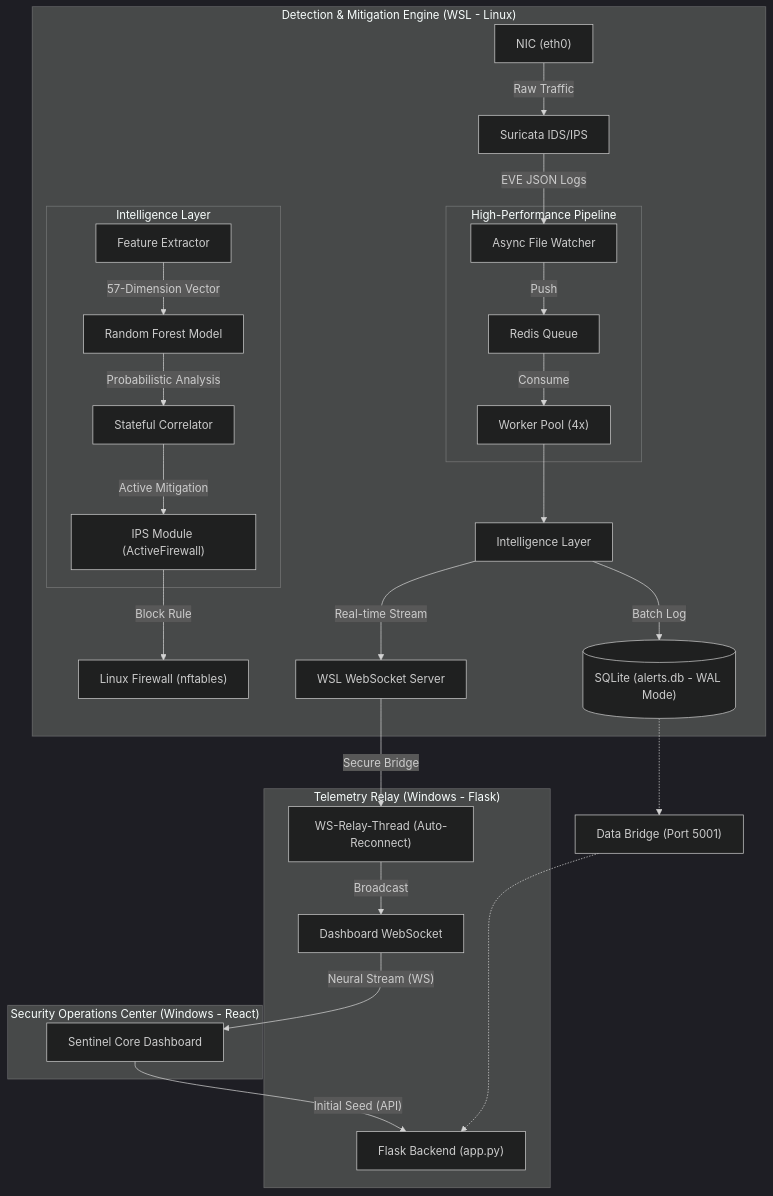
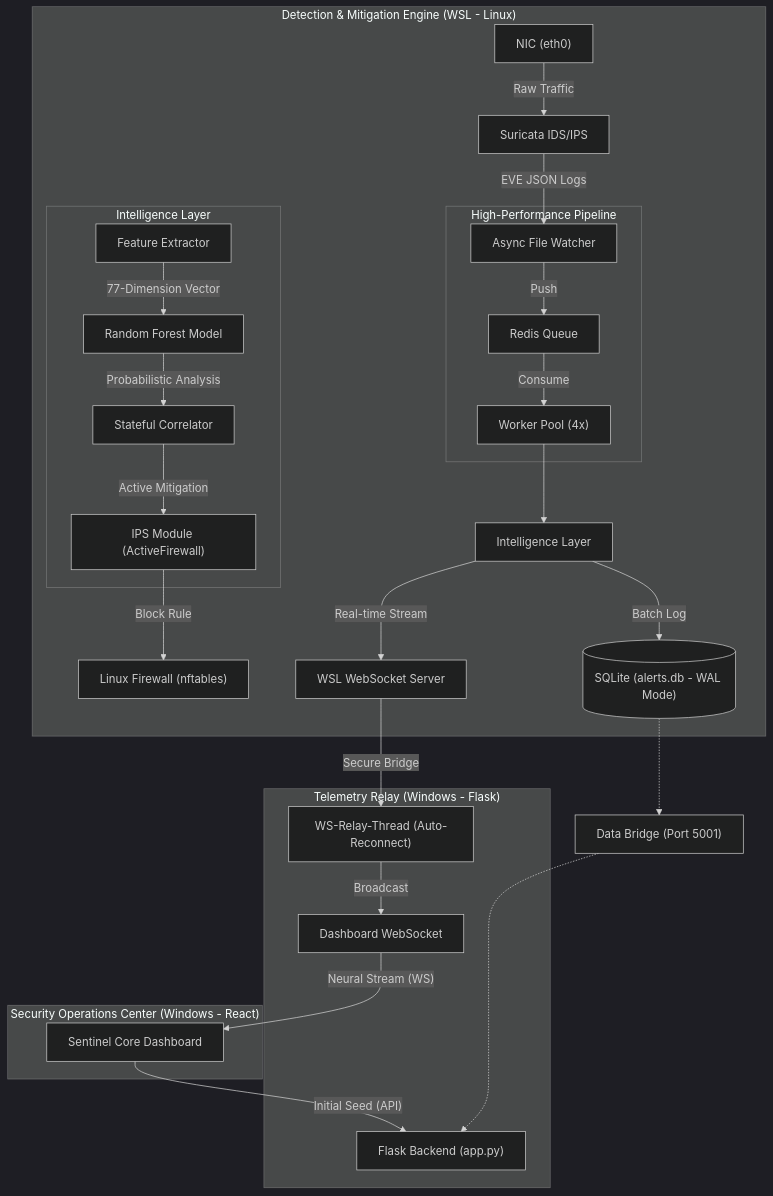
One commit to Priyadarshini-L-215/Hybrid-IDS-SDN changed the diagram in SYSTEM_ARCHITECTURE.md. Above: the diagram before and after it, drawn with Mermaid (dark theme). The commit also changed other lines of this file and 17 other files, not shown here.

````diff
--- a/SYSTEM_ARCHITECTURE.md
+++ b/SYSTEM_ARCHITECTURE.md
@@ -9,40 +9,40 @@
 ```mermaid
 graph TD
     subgraph "Detection & Mitigation Engine (WSL - Linux)"
         NIC["NIC (eth0)"] -- "Raw Traffic" --> Suricata["Suricata IDS/IPS"]
         Suricata -- "EVE JSON Logs" --> Watcher["Async File Watcher"]
         
         subgraph "High-Performance Pipeline"
             Watcher -- "Push" --> Redis["Redis Queue"]
             Redis -- "Consume" --> Workers["Worker Pool (4x)"]
         end
 
         subgraph "Intelligence Layer"
-            FE["Feature Extractor"] -- "57-Dimension Vector" --> RF["Random Forest Model"]
+            FE["Feature Extractor"] -- "77-Dimension Vector" --> RF["Random Forest Model"]
             RF -- "Probabilistic Analysis" --> SC["Stateful Correlator"]
             SC -- "Active Mitigation" --> IPS["IPS Module (ActiveFirewall)"]
         end
 
         Workers --> Intelligence["Intelligence Layer"]
         IPS -- "Block Rule" --> FW["Linux Firewall (nftables)"]
         Intelligence -- "Batch Log" --> SQLite[("SQLite (alerts.db - WAL Mode)")]
         Intelligence -- "Real-time Stream" --> WS_Server["WSL WebSocket Server"]
     end
 
     subgraph "Telemetry Relay (Windows - Flask)"
         Flask["Flask Backend (app.py)"]
         Relay["WS-Relay-Thread (Auto-Reconnect)"]
 
         WS_Server -- "Secure Bridge" --> Relay
         Relay -- "Broadcast" --> Dash_WS["Dashboard WebSocket"]
     end
 
     subgraph "Security Operations Center (Windows - React)"
         UI["Sentinel Core Dashboard"]
         UI -- "Initial Seed (API)" --> Flask
         Dash_WS -- "Neural Stream (WS)" --> UI
     end
 
     SQLite -.-> Flask_API["Data Bridge (Port 5001)"]
     Flask_API -.-> Flask
 ```
````
